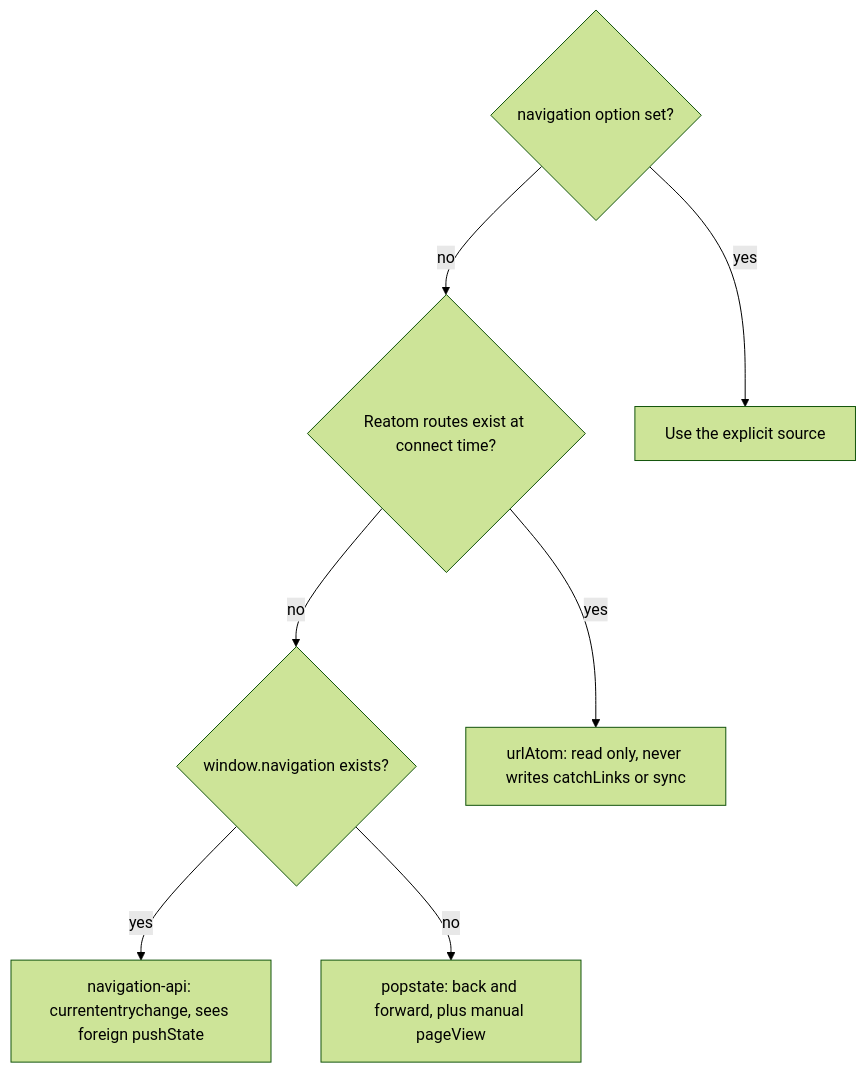
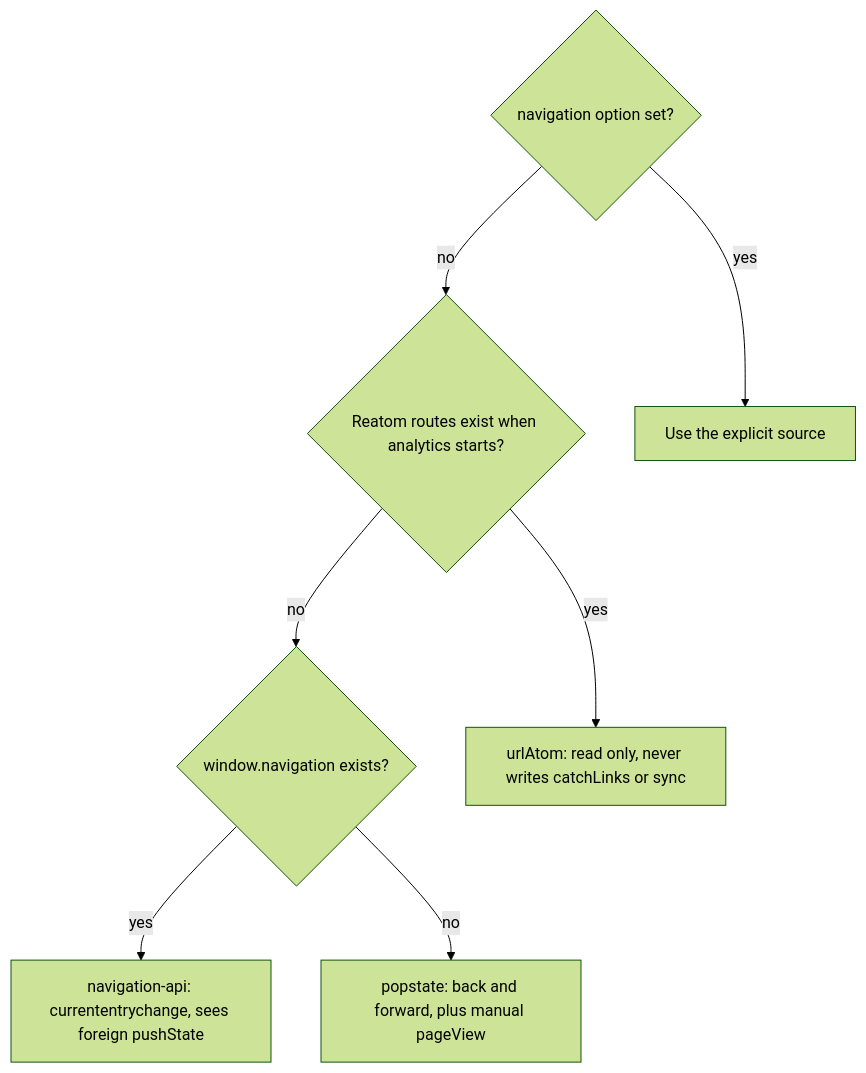
One commit to karupoiss00/reatom changed the eighth of 13 diagrams in docs/src/content/docs/guides/opentelemetry.md. Above: the diagram before and after it, drawn with Mermaid (forest theme). The commit also changed other lines of this file and 78 other files, not shown here.

````diff
--- a/docs/src/content/docs/guides/opentelemetry.md
+++ b/docs/src/content/docs/guides/opentelemetry.md
@@ -465,16 +468,16 @@
 ```mermaid
 flowchart TD
   explicit{"navigation option set?"}
-  routes{"Reatom routes exist at connect time?"}
+  routes{"Reatom routes exist when analytics starts?"}
   navApi{"window.navigation exists?"}
   useExplicit["Use the explicit source"]
   urlAtomSrc["urlAtom: read only, never writes catchLinks or sync"]
   navApiSrc["navigation-api: currententrychange, sees foreign pushState"]
   popstateSrc["popstate: back and forward, plus manual pageView"]
   explicit -->|yes| useExplicit
   explicit -->|no| routes
   routes -->|yes| urlAtomSrc
   routes -->|no| navApi
   navApi -->|yes| navApiSrc
   navApi -->|no| popstateSrc
 ```
````
